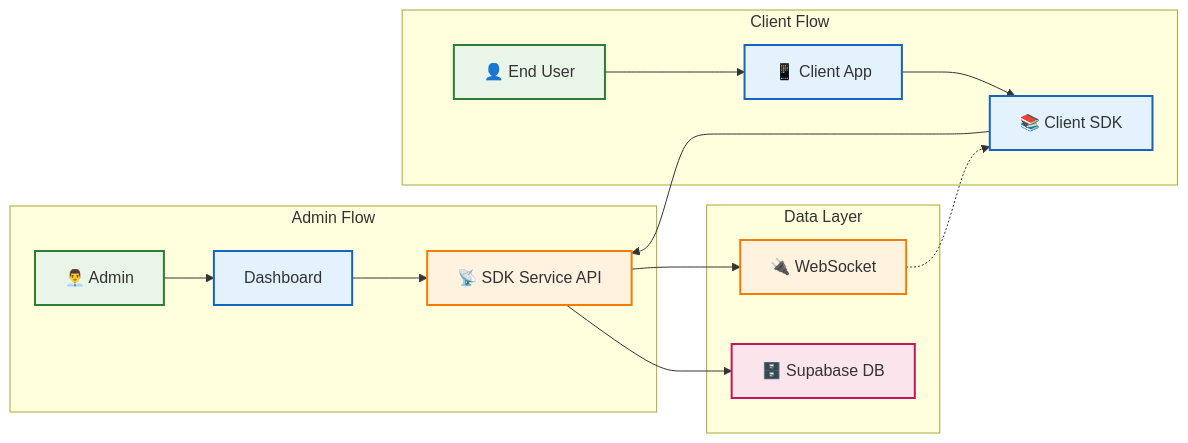
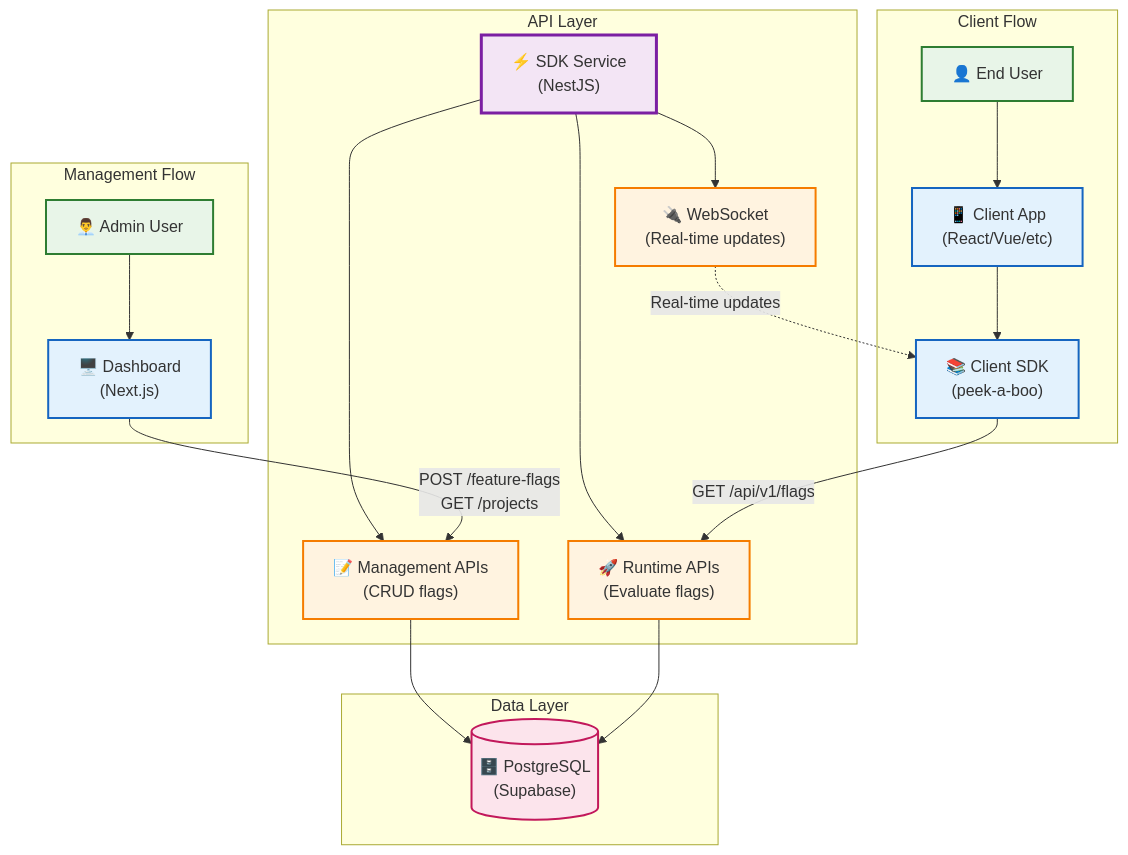
The sixth of 7 diagrams in docs/architecture-diagrams.md (mariobrusarosco/peek-a-boo), drawn with Mermaid before and after one commit. The commit also changed other lines of this file and 5 other files, not shown here.

````diff
--- a/docs/architecture-diagrams.md
+++ b/docs/architecture-diagrams.md
@@ -163,30 +166,49 @@
 ```mermaid
-graph LR
-    subgraph "Admin Flow"
-        Admin["👨‍💼 Admin"] --> Dashboard
-        Dashboard --> API["📡 SDK Service API"]
+graph TB
+    subgraph "Management Flow"
+        Admin["👨‍💼 Admin User"]
+        Dashboard["🖥️ Dashboard<br/>(Next.js)"]
+        Admin --> Dashboard
     end
-    
-    subgraph "Client Flow"  
-        Client["👤 End User"] --> App["📱 Client App"]
-        App --> SDK["📚 Client SDK"]
-        SDK --> API
+
+    subgraph "Client Flow"
+        EndUser["👤 End User"]
+        ClientApp["📱 Client App<br/>(React/Vue/etc)"]
+        ClientSDK["📚 Client SDK<br/>(peek-a-boo)"]
+        EndUser --> ClientApp
+        ClientApp --> ClientSDK
     end
-    
+
+    subgraph "API Layer"
+        SDKService["⚡ SDK Service<br/>(NestJS)"]
+        ManagementAPI["📝 Management APIs<br/>(CRUD flags)"]
+        RuntimeAPI["🚀 Runtime APIs<br/>(Evaluate flags)"]
+        WebSocket["🔌 WebSocket<br/>(Real-time updates)"]
+
+        SDKService --> ManagementAPI
+        SDKService --> RuntimeAPI
+        SDKService --> WebSocket
+    end
+
     subgraph "Data Layer"
-        API --> DB["🗄️ Supabase DB"]
-        API --> WS["🔌 WebSocket"]
+        Database[("🗄️ PostgreSQL<br/>(Supabase)")]
     end
-    
-    WS -.-> SDK
-    
+
+    Dashboard -->|"POST /feature-flags<br/>GET /projects"| ManagementAPI
+    ClientSDK -->|"GET /api/v1/flags"| RuntimeAPI
+    ManagementAPI --> Database
+    RuntimeAPI --> Database
+    WebSocket -.->|"Real-time updates"| ClientSDK
+
     classDef user fill:#e8f5e8,stroke:#2e7d32,stroke-width:2px
     classDef app fill:#e3f2fd,stroke:#1565c0,stroke-width:2px
-    classDef service fill:#fff3e0,stroke:#f57c00,stroke-width:2px
+    classDef api fill:#fff3e0,stroke:#f57c00,stroke-width:2px
+    classDef service fill:#f3e5f5,stroke:#7b1fa2,stroke-width:3px
     classDef data fill:#fce4ec,stroke:#c2185b,stroke-width:2px
-    
-    class Admin,Client user
-    class Dashboard,App,SDK app
-    class API,WS service
-    class DB data
+
+    class Admin,EndUser user
+    class Dashboard,ClientApp,ClientSDK app
+    class ManagementAPI,RuntimeAPI,WebSocket api
+    class SDKService service
+    class Database data
 ```
````
